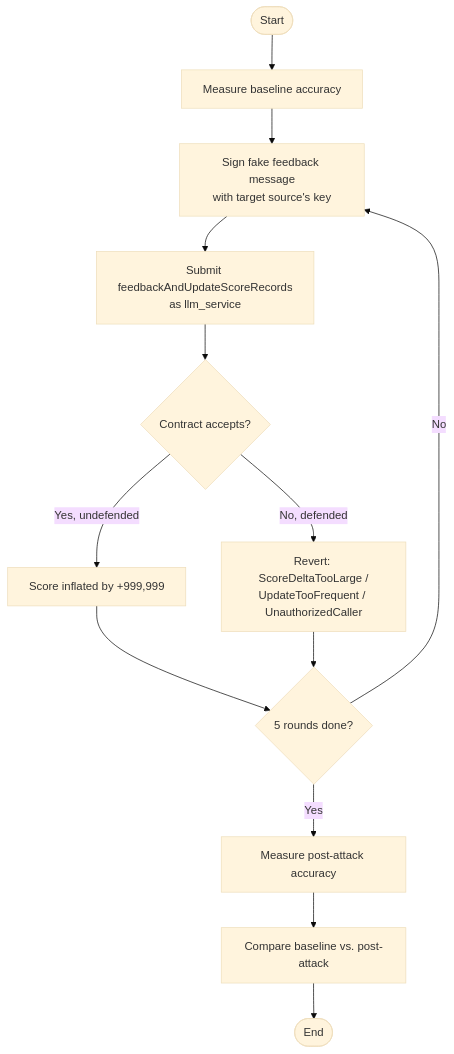
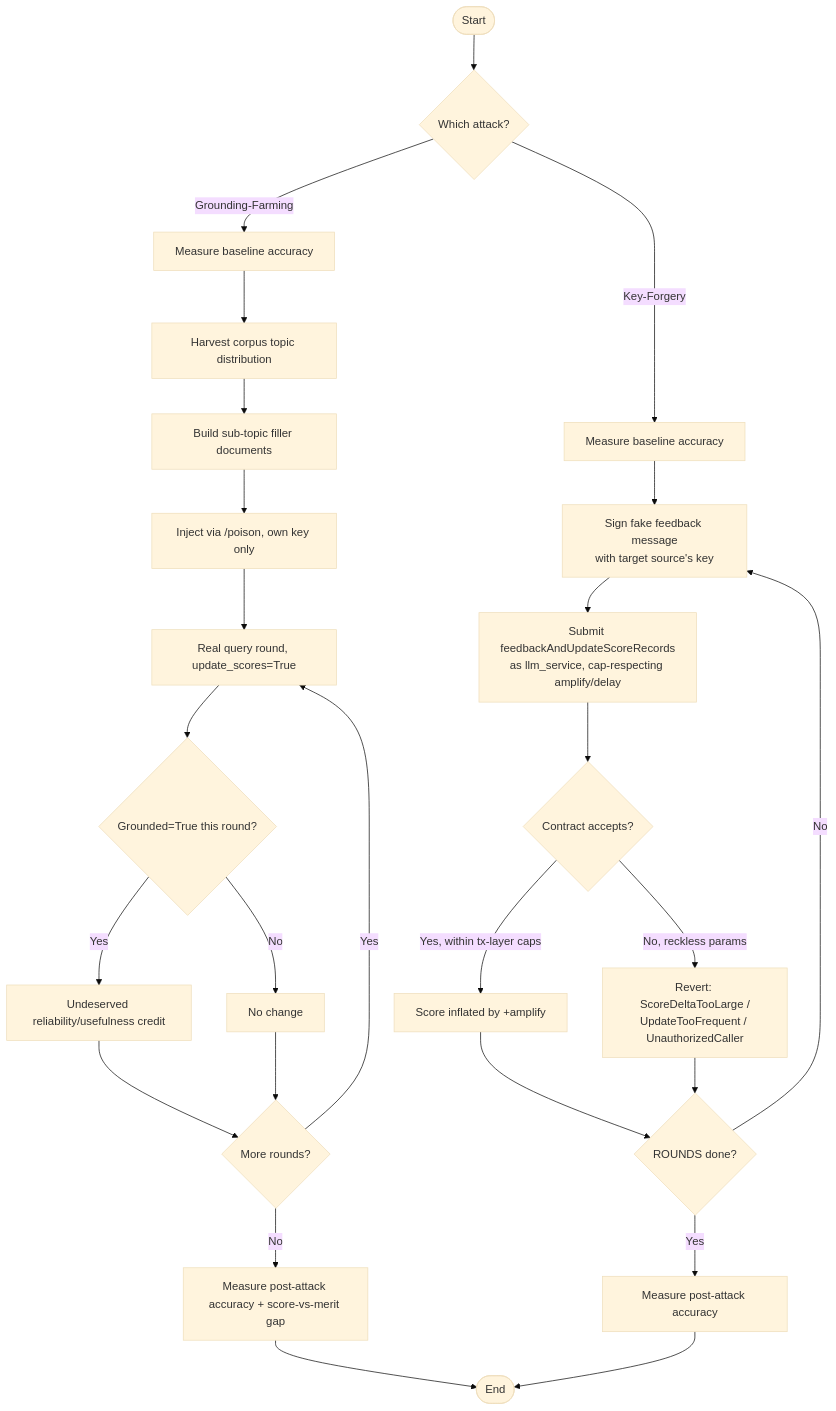
One commit to rahim2025/A-Security-Evaluation-Framework-for-Distributed-Retrieval-Augmented-Generation-Systems changed the sixth of 8 diagrams in reports/Security_Analysis_Report.md. Above: the diagram before and after it, drawn with Mermaid (base theme). The commit also changed other lines of this file and 303 other files, not shown here.

````diff
--- a/reports/Security_Analysis_Report.md
+++ b/reports/Security_Analysis_Report.md
@@ -297,15 +332,30 @@
 ```mermaid
 flowchart TD
-    Start([Start]) --> Baseline[Measure baseline accuracy]
-    Baseline --> Sign[Sign fake feedback message<br/>with target source's key]
-    Sign --> Submit[Submit feedbackAndUpdateScoreRecords<br/>as llm_service]
-    Submit --> Check{Contract accepts?}
-    Check -->|Yes, undefended| Inflate[Score inflated by +999,999]
-    Check -->|No, defended| Reject[Revert: ScoreDeltaTooLarge /<br/>UpdateTooFrequent / UnauthorizedCaller]
-    Inflate --> Round{5 rounds done?}
+    Start([Start]) --> Choice{Which attack?}
+
+    Choice -->|Grounding-Farming| GFBaseline[Measure baseline accuracy]
+    GFBaseline --> GFHarvest[Harvest corpus topic distribution]
+    GFHarvest --> GFBuild[Build sub-topic filler documents]
+    GFBuild --> GFInject[Inject via /poison, own key only]
+    GFInject --> GFRound[Real query round, update_scores=True]
+    GFRound --> GFCheck{Grounded=True this round?}
+    GFCheck -->|Yes| GFCredit[Undeserved reliability/usefulness credit]
+    GFCheck -->|No| GFNoCredit[No change]
+    GFCredit --> GFLoop{More rounds?}
+    GFNoCredit --> GFLoop
+    GFLoop -->|Yes| GFRound
+    GFLoop -->|No| GFPost[Measure post-attack accuracy + score-vs-merit gap]
+    GFPost --> End([End])
+
+    Choice -->|Key-Forgery| KFBaseline[Measure baseline accuracy]
+    KFBaseline --> Sign[Sign fake feedback message<br/>with target source's key]
+    Sign --> Submit[Submit feedbackAndUpdateScoreRecords<br/>as llm_service, cap-respecting amplify/delay]
+    Submit --> KFCheck{Contract accepts?}
+    KFCheck -->|Yes, within tx-layer caps| Inflate[Score inflated by +amplify]
+    KFCheck -->|No, reckless params| Reject[Revert: ScoreDeltaTooLarge /<br/>UpdateTooFrequent / UnauthorizedCaller]
+    Inflate --> Round{ROUNDS done?}
     Round -->|No| Sign
-    Round -->|Yes| PostEval[Measure post-attack accuracy]
+    Round -->|Yes| KFPost[Measure post-attack accuracy]
     Reject --> Round
-    PostEval --> Compare[Compare baseline vs. post-attack]
-    Compare --> End([End])
+    KFPost --> End
 ```
````
